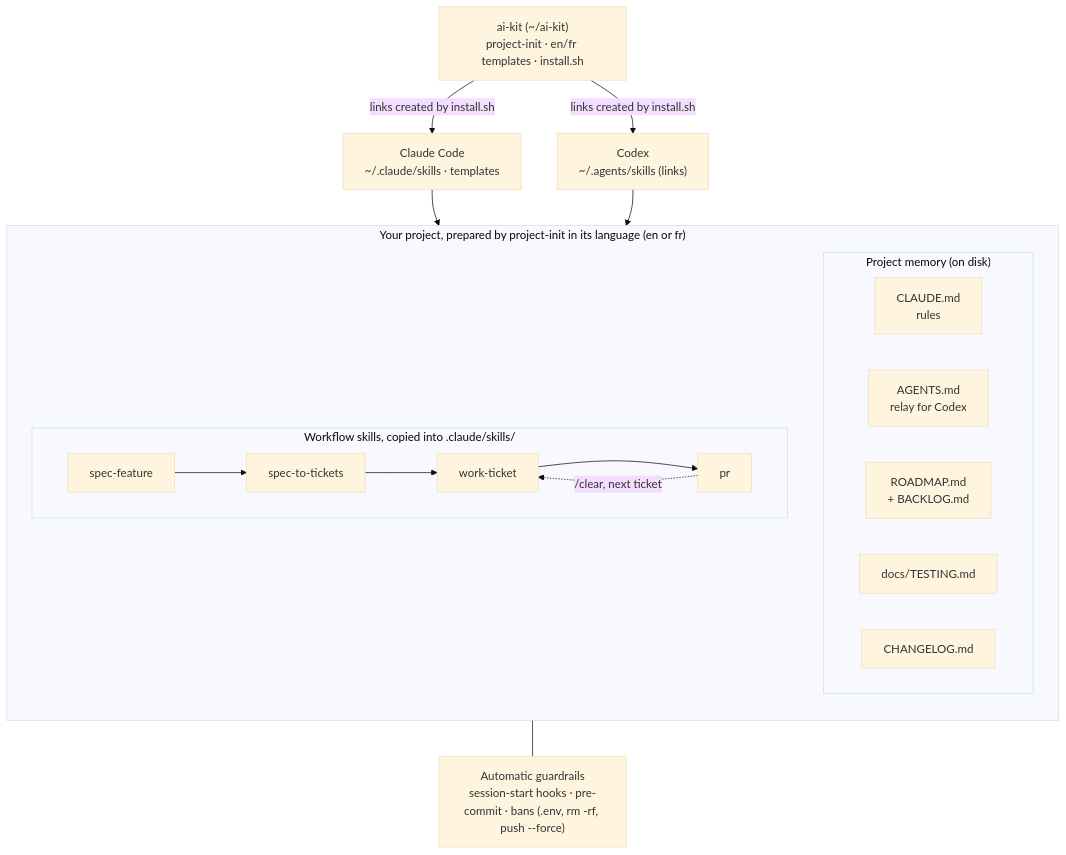
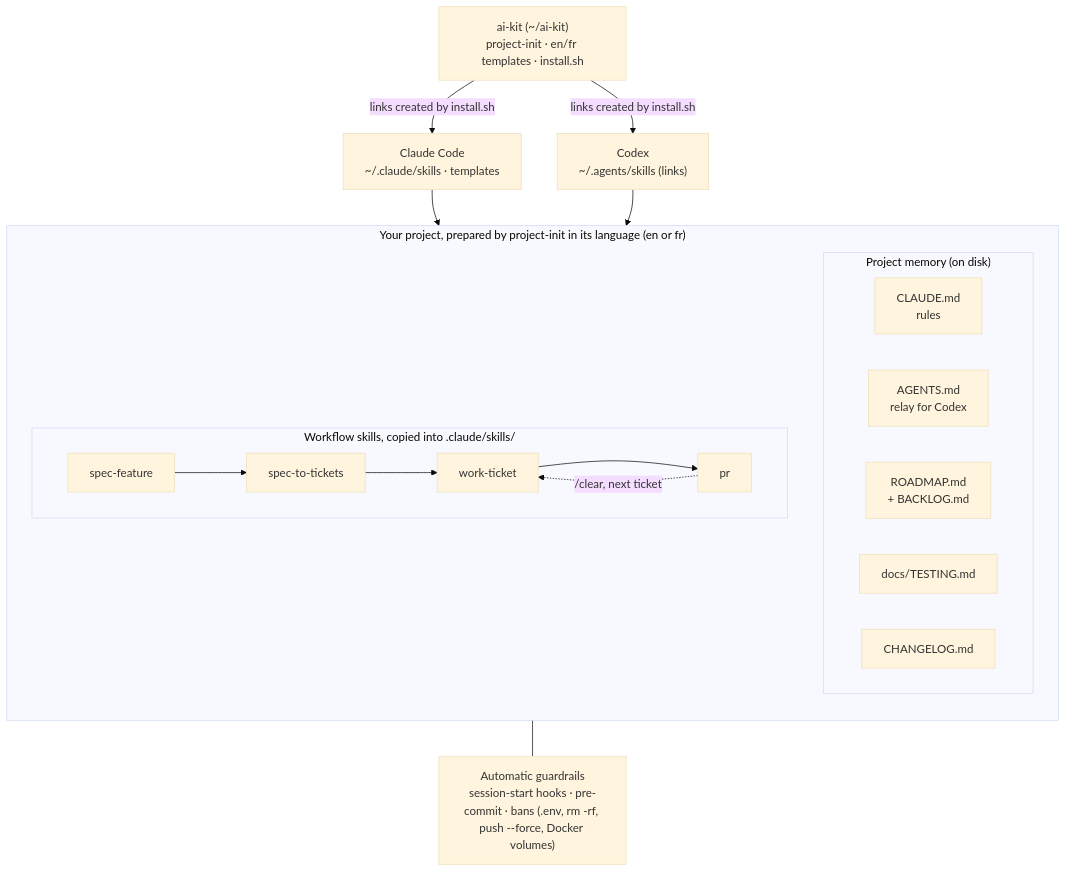
The first of 2 diagrams in GUIDE.md (drisshaou/ai-kit), drawn with Mermaid (base theme) before and after one commit. The commit also changed other lines of this file and 13 other files, not shown here.

````diff
--- a/GUIDE.md
+++ b/GUIDE.md
@@ -10,30 +10,30 @@
 ```mermaid
 flowchart TD
     KIT["ai-kit (~/ai-kit)<br/>project-init · en/fr templates · install.sh"]
     CLAUDE["Claude Code<br/>~/.claude/skills · templates"]
     CODEX["Codex<br/>~/.agents/skills (links)"]
     KIT -->|links created by install.sh| CLAUDE
     KIT -->|links created by install.sh| CODEX
 
     subgraph PROJECT["Your project, prepared by project-init in its language (en or fr)"]
         direction TB
         subgraph FILES["Project memory (on disk)"]
             direction LR
             F1["CLAUDE.md<br/>rules"]
             F2["AGENTS.md<br/>relay for Codex"]
             F3["ROADMAP.md<br/>+ BACKLOG.md"]
             F4["docs/TESTING.md"]
             F5["CHANGELOG.md"]
         end
         subgraph FLOW["Workflow skills, copied into .claude/skills/"]
             direction LR
             S1["spec-feature"] --> S2["spec-to-tickets"] --> S3["work-ticket"] --> S4["pr"]
             S4 -.->|"/clear, next ticket"| S3
         end
     end
 
     CLAUDE --> PROJECT
     CODEX --> PROJECT
-    GUARD["Automatic guardrails<br/>session-start hooks · pre-commit · bans (.env, rm -rf, push --force)"]
+    GUARD["Automatic guardrails<br/>session-start hooks · pre-commit · bans (.env, rm -rf, push --force, Docker volumes)"]
     PROJECT --- GUARD
 ```
````
